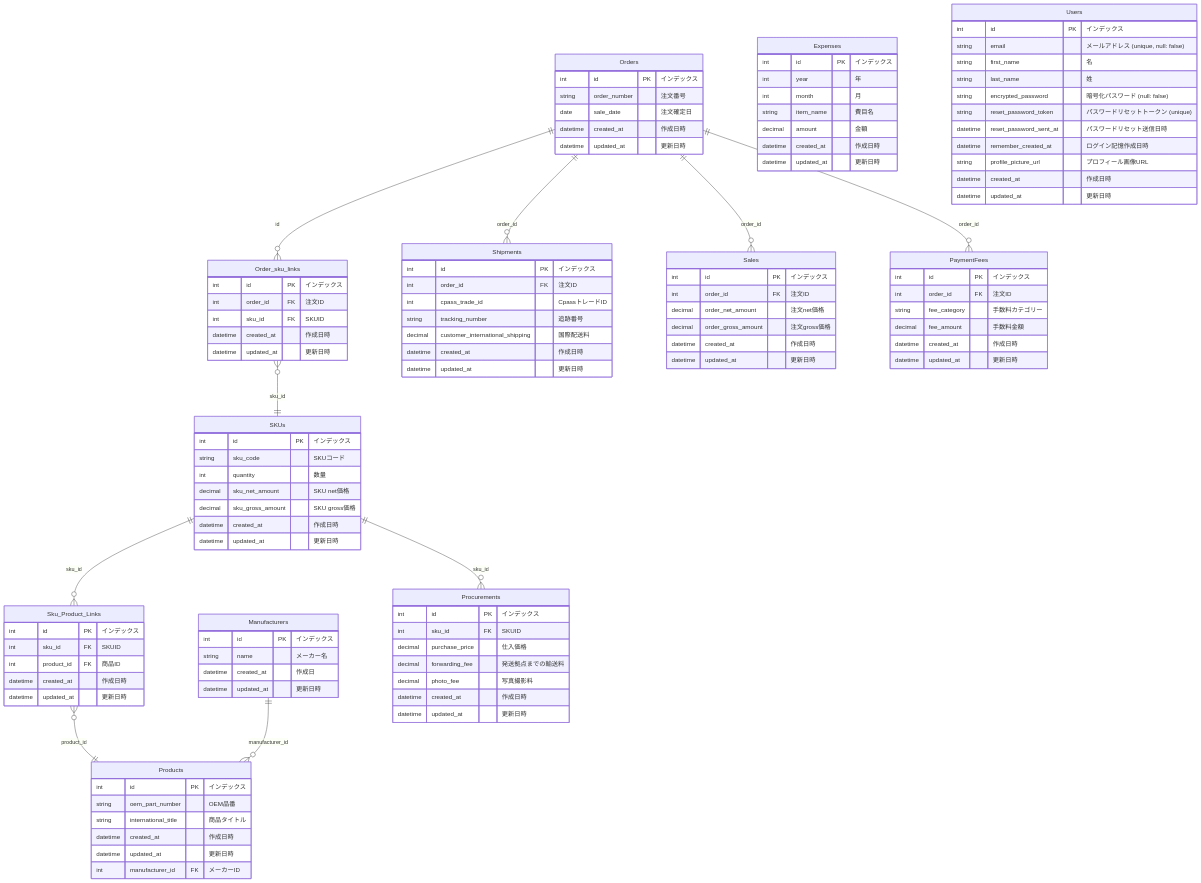
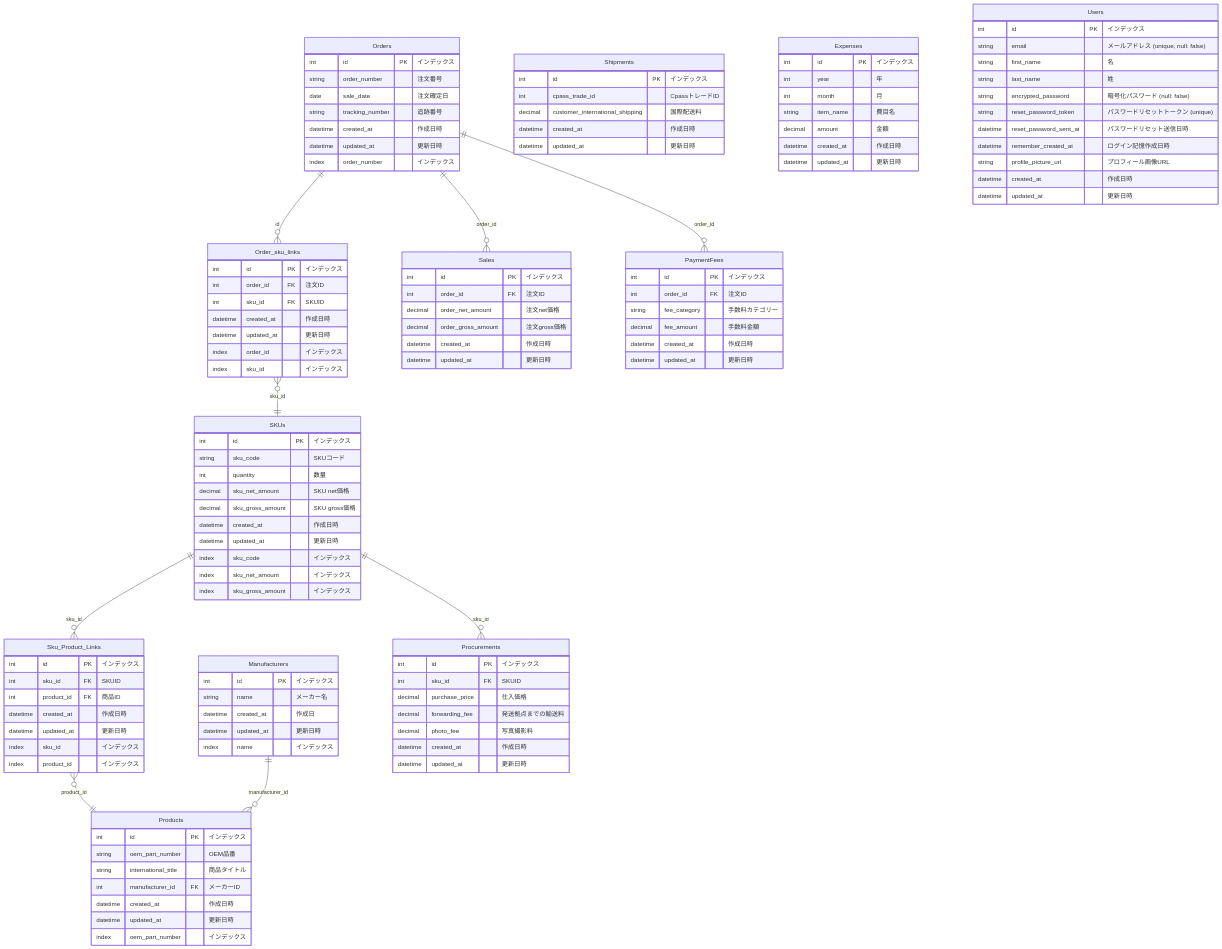
The diagram in mermaid.mmd (masaengineer/parts-sync-tool), drawn with Mermaid before and after one commit. The commit also changed 39 other files, not shown here.

```diff
--- a/mermaid.mmd
+++ b/mermaid.mmd
@@ -1,121 +1,130 @@
 erDiagram
     Orders {
         int id PK "インデックス"
         string order_number "注文番号"
         date sale_date "注文確定日"
+        string tracking_number "追跡番号"
         datetime created_at "作成日時"
         datetime updated_at "更新日時"
+        index order_number "インデックス"
     }
 
     Order_sku_links {
         int id PK "インデックス"
         int order_id FK "注文ID"
         int sku_id FK "SKUID"
         datetime created_at "作成日時"
         datetime updated_at "更新日時"
+        index order_id "インデックス"
+        index sku_id "インデックス"
     }
 
     SKUs {
         int id PK "インデックス"
         string sku_code "SKUコード"
         int quantity "数量"
         decimal sku_net_amount "SKU net価格"
         decimal sku_gross_amount "SKU gross価格"
         datetime created_at "作成日時"
         datetime updated_at "更新日時"
+        index sku_code "インデックス"
+        index sku_net_amount "インデックス"
+        index sku_gross_amount "インデックス"
     }
+
     Sku_Product_Links {
         int id PK "インデックス"
         int sku_id FK "SKUID"
         int product_id FK "商品ID"
         datetime created_at "作成日時"
         datetime updated_at "更新日時"
+        index sku_id "インデックス"
+        index product_id "インデックス"
     }
 
     Products {
         int id PK "インデックス"
         string oem_part_number "OEM品番"
         string international_title "商品タイトル"
+        int manufacturer_id FK "メーカーID"
         datetime created_at "作成日時"
         datetime updated_at "更新日時"
-        int manufacturer_id FK "メーカーID"
+        index oem_part_number "インデックス"
     }
 
     Manufacturers {
         int id PK "インデックス"
         string name "メーカー名"
         datetime created_at "作成日"
         datetime updated_at "更新日時"
+        index name "インデックス"
     }
 
     Shipments {
         int id PK "インデックス"
-        int order_id FK "注文ID"
         int cpass_trade_id "CpassトレードID"
-        string tracking_number "追跡番号"
         decimal customer_international_shipping "国際配送料"
         datetime created_at "作成日時"
         datetime updated_at "更新日時"
     }
 
     Procurements {
         int id PK "インデックス"
         int sku_id FK "SKUID"
         decimal purchase_price "仕入価格"
         decimal forwarding_fee "発送拠点までの輸送料"
         decimal photo_fee "写真撮影料"
         datetime created_at "作成日時"
         datetime updated_at "更新日時"
     }
 
     Sales {
         int id PK "インデックス"
         int order_id FK "注文ID"
         decimal order_net_amount "注文net価格"
         decimal order_gross_amount "注文gross価格"
         datetime created_at "作成日時"
         datetime updated_at "更新日時"
     }
 
     PaymentFees {
         int id PK "インデックス"
         int order_id FK "注文ID"
         string fee_category "手数料カテゴリー"
         decimal fee_amount "手数料金額"
         datetime created_at "作成日時"
         datetime updated_at "更新日時"
     }
 
     Expenses {
         int id PK "インデックス"
         int year "年"
         int month "月"
         string item_name "費目名"
         decimal amount "金額"
         datetime created_at "作成日時"
         datetime updated_at "更新日時"
     }
 
     Users {
         int id PK "インデックス"
         string email "メールアドレス (unique, null: false)"
         string first_name "名"
         string last_name "姓"
         string encrypted_password "暗号化パスワード (null: false)"
         string reset_password_token "パスワードリセットトークン (unique)"
         datetime reset_password_sent_at "パスワードリセット送信日時"
         datetime remember_created_at "ログイン記憶作成日時"
         string profile_picture_url "プロフィール画像URL"
         datetime created_at "作成日時"
         datetime updated_at "更新日時"
     }
 
     Orders ||--o{ Order_sku_links : "id"
     Order_sku_links }o--|| SKUs : "sku_id"
     SKUs ||--o{ Sku_Product_Links : "sku_id"
     Sku_Product_Links }o--|| Products : "product_id"
-    Orders ||--o{ Shipments : "order_id"
     Orders ||--o{ Sales : "order_id"
     Orders ||--o{ PaymentFees : "order_id"
     Manufacturers ||--o{ Products : "manufacturer_id"
     SKUs ||--o{ Procurements : "sku_id"
```
